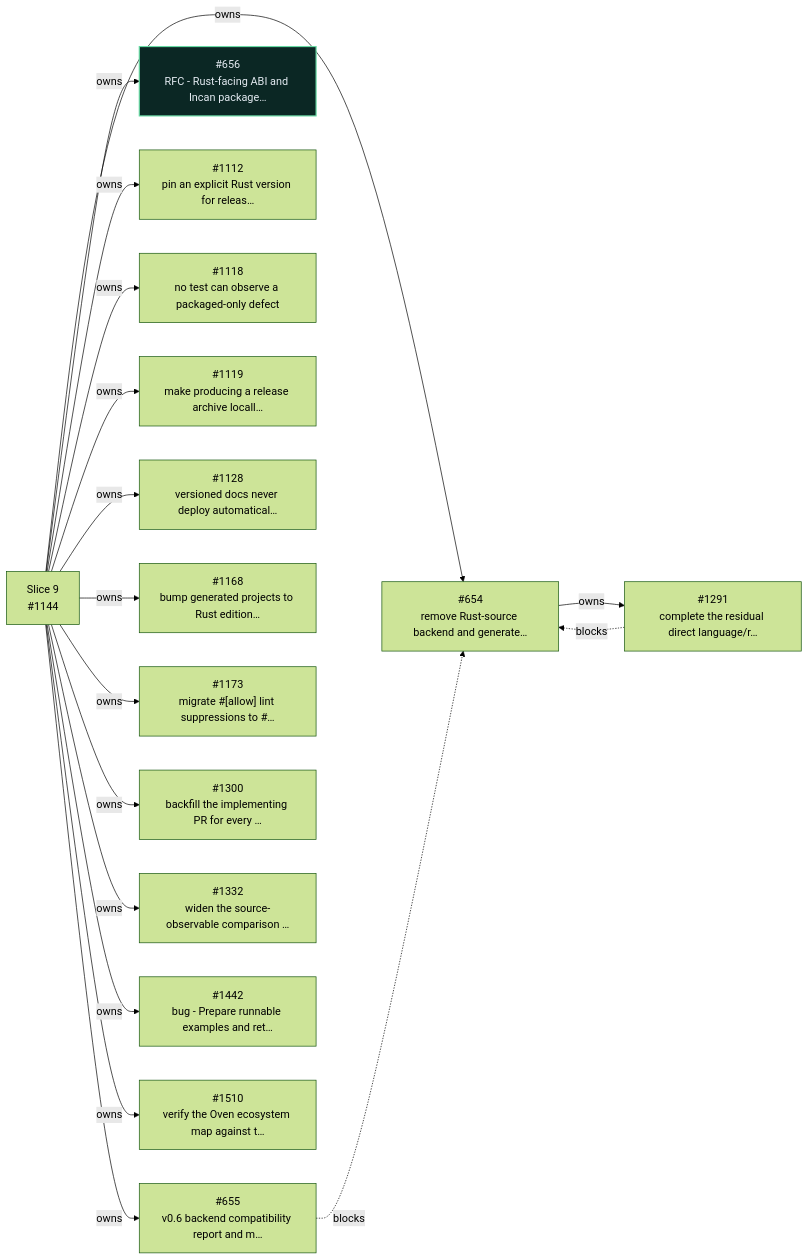
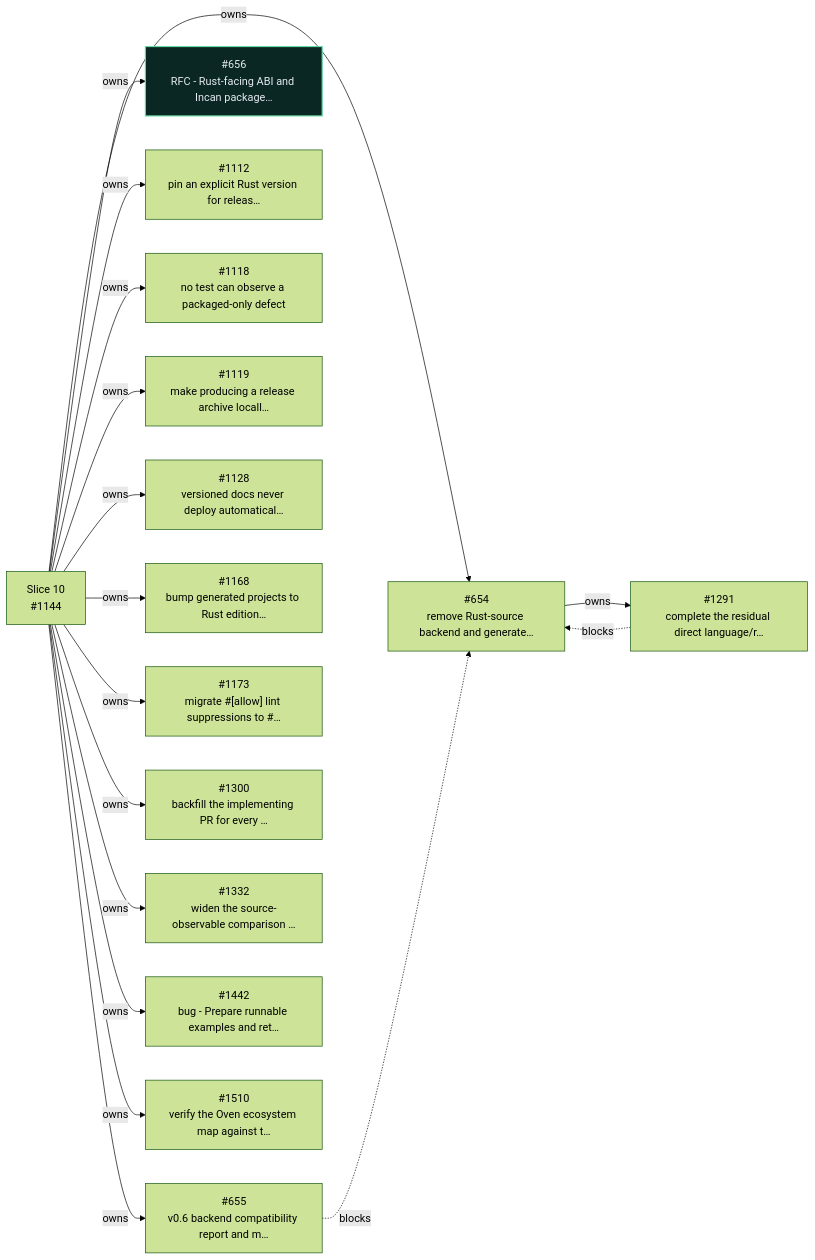
One commit to encero-systems/incan changed the tenth of 11 diagrams in workspaces/docs-site/docs/_snippets/project/v0_6_roadmap.md. Above: the diagram before and after it, drawn with Mermaid (forest theme). The commit also changed other lines of this file and 2 other files, not shown here.

First line of the commit message:
chore - carve v0.6 Slice 5 out of Slice 4 and renumber 5-10 to 6-11 (#1141, #1561)

````diff
--- a/workspaces/docs-site/docs/_snippets/project/v0_6_roadmap.md
+++ b/workspaces/docs-site/docs/_snippets/project/v0_6_roadmap.md
@@ -749,51 +768,51 @@
 ```mermaid
 flowchart LR
   i654["#654<br/>remove Rust-source backend and generate…"]
   i655["#655<br/>v0.6 backend compatibility report and m…"]
   i656["#656<br/>RFC - Rust-facing ABI and Incan package…"]
   i1112["#1112<br/>pin an explicit Rust version for releas…"]
   i1118["#1118<br/>no test can observe a packaged-only defect"]
   i1119["#1119<br/>make producing a release archive locall…"]
   i1128["#1128<br/>versioned docs never deploy automatical…"]
-  s1144["Slice 9<br/>#1144"]
+  s1144["Slice 10<br/>#1144"]
   i1168["#1168<br/>bump generated projects to Rust edition…"]
   i1173["#1173<br/>migrate #[allow] lint suppressions to #…"]
   i1291["#1291<br/>complete the residual direct language/r…"]
   i1300["#1300<br/>backfill the implementing PR for every …"]
   i1332["#1332<br/>widen the source-observable comparison …"]
   i1442["#1442<br/>bug - Prepare runnable examples and ret…"]
   i1510["#1510<br/>verify the Oven ecosystem map against t…"]
   s1144 -- owns --> i654
   s1144 -- owns --> i655
   s1144 -- owns --> i656
   s1144 -- owns --> i1112
   s1144 -- owns --> i1118
   s1144 -- owns --> i1119
   s1144 -- owns --> i1128
   s1144 -- owns --> i1168
   s1144 -- owns --> i1173
   i654 -- owns --> i1291
   s1144 -- owns --> i1300
   s1144 -- owns --> i1332
   s1144 -- owns --> i1442
   s1144 -- owns --> i1510
   i655 -. blocks .-> i654
   i1291 -. blocks .-> i654
   classDef incv06complete fill:#0b2724,stroke:#66d9a3,color:#e4ebf2,stroke-width:1.7px
   class i656 incv06complete
   click i654 href "https://github.com/encero-systems/incan/issues/654" "Open #654 on GitHub"
   click i655 href "https://github.com/encero-systems/incan/issues/655" "Open #655 on GitHub"
   click i656 href "https://github.com/encero-systems/incan/issues/656" "Open #656 on GitHub"
   click i1112 href "https://github.com/encero-systems/incan/issues/1112" "Open #1112 on GitHub"
   click i1118 href "https://github.com/encero-systems/incan/issues/1118" "Open #1118 on GitHub"
   click i1119 href "https://github.com/encero-systems/incan/issues/1119" "Open #1119 on GitHub"
   click i1128 href "https://github.com/encero-systems/incan/issues/1128" "Open #1128 on GitHub"
   click s1144 href "https://github.com/encero-systems/incan/issues/1144" "Open #1144 on GitHub"
   click i1168 href "https://github.com/encero-systems/incan/issues/1168" "Open #1168 on GitHub"
   click i1173 href "https://github.com/encero-systems/incan/issues/1173" "Open #1173 on GitHub"
   click i1291 href "https://github.com/encero-systems/incan/issues/1291" "Open #1291 on GitHub"
   click i1300 href "https://github.com/encero-systems/incan/issues/1300" "Open #1300 on GitHub"
   click i1332 href "https://github.com/encero-systems/incan/issues/1332" "Open #1332 on GitHub"
   click i1442 href "https://github.com/encero-systems/incan/issues/1442" "Open #1442 on GitHub"
   click i1510 href "https://github.com/encero-systems/incan/issues/1510" "Open #1510 on GitHub"
 ```
````
